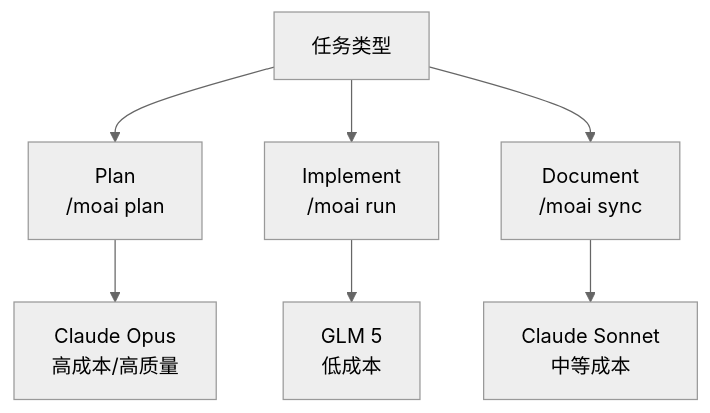
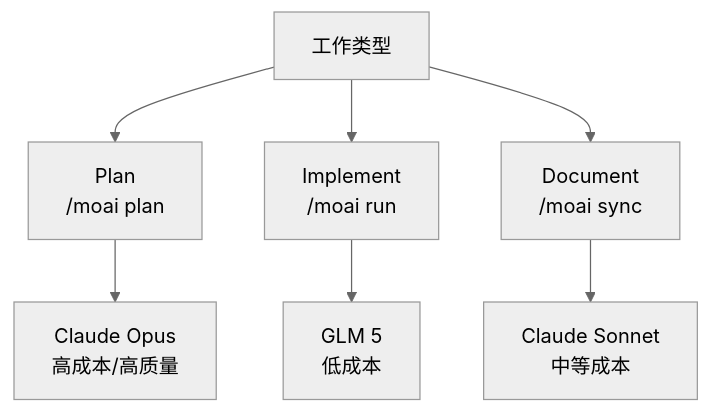
One commit to modu-ai/moai-adk changed the tenth of 10 diagrams in docs-site/content/zh/worktree/guide.md. Above: the diagram before and after it, drawn with Mermaid (neutral theme). The commit also changed other lines of this file and 395 other files, not shown here.

````diff
--- a/docs-site/content/zh/worktree/guide.md
+++ b/docs-site/content/zh/worktree/guide.md
@@ -563,10 +571,10 @@
 ```mermaid
-flowchart TD
-    A[任务类型] --> B[Plan<br/>/moai plan]
+graph TD
+    A[工作类型] --> B[Plan<br/>/moai plan]
     A --> C[Implement<br/>/moai run]
     A --> D[Document<br/>/moai sync]
 
     B --> E[Claude Opus<br/>高成本/高质量]
     C --> F[GLM 5<br/>低成本]
     D --> G[Claude Sonnet<br/>中等成本]
 ```
````
